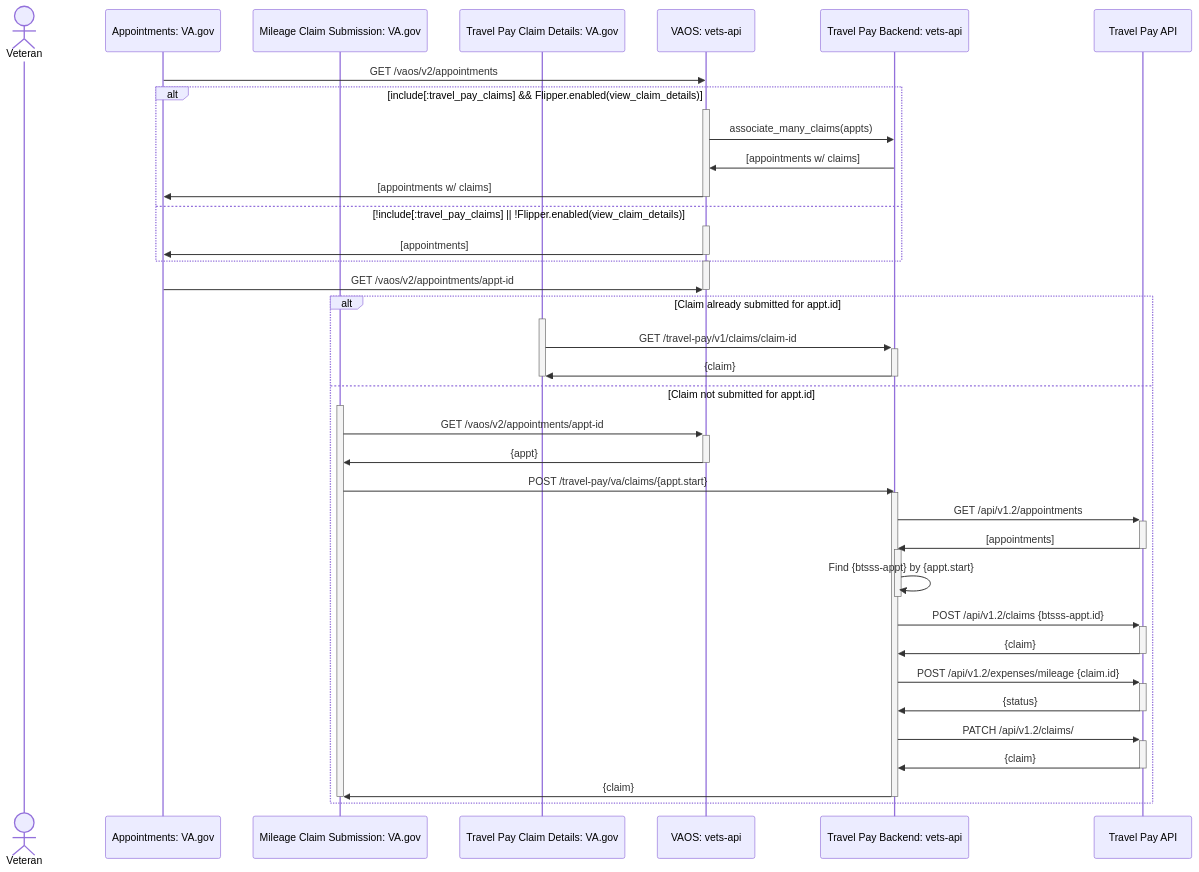
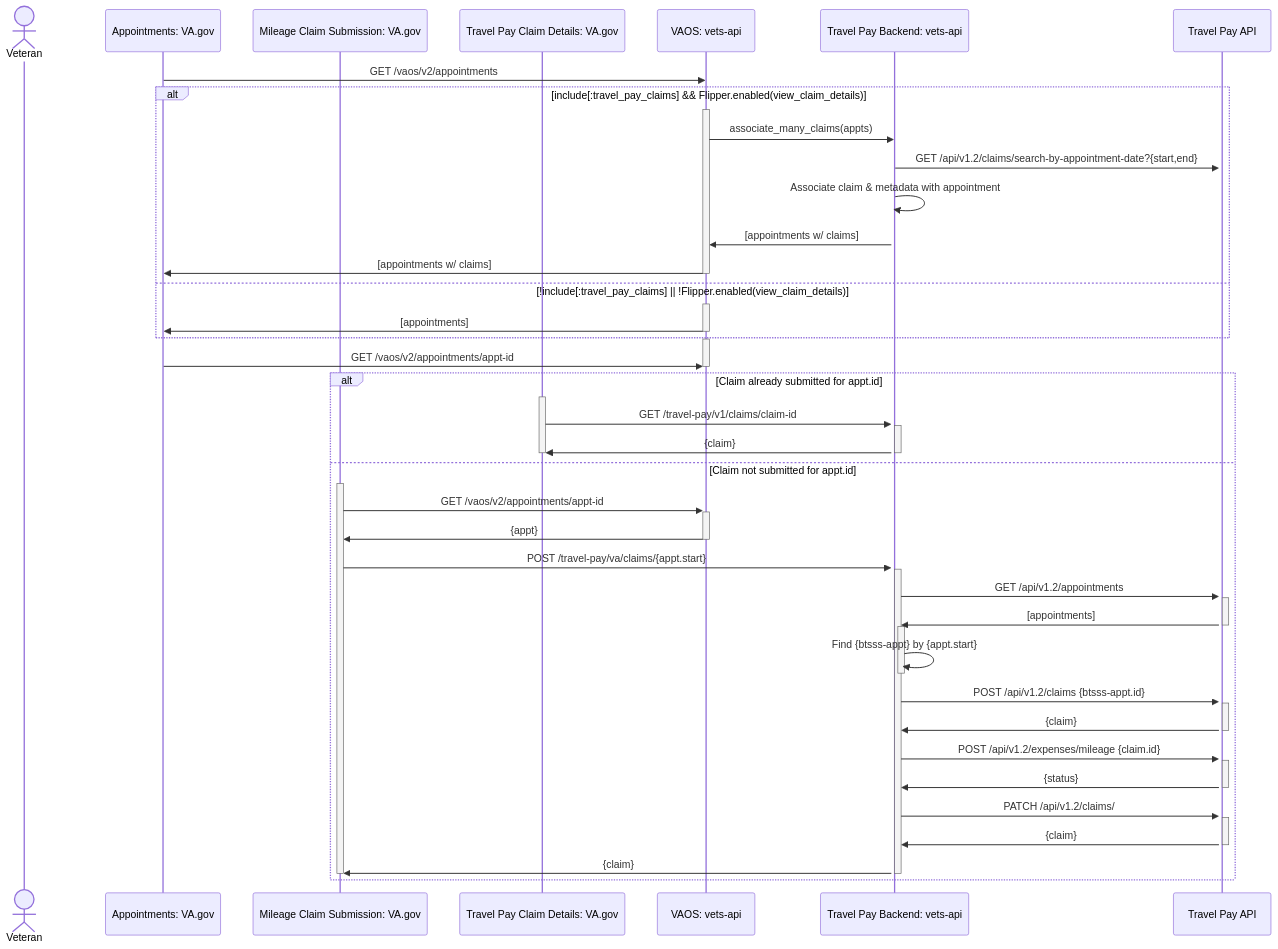
Before and after one commit to department-of-veterans-affairs/va.gov-team: the diagram in products/health-care/beneficiary-travel/engineering/submit-claim/full-sequence-diagram.md, drawn with Mermaid.

````diff
--- a/products/health-care/beneficiary-travel/engineering/submit-claim/full-sequence-diagram.md
+++ b/products/health-care/beneficiary-travel/engineering/submit-claim/full-sequence-diagram.md
@@ -5,77 +5,79 @@
 ```mermaid
 sequenceDiagram
   actor vet as Veteran
   participant appts as Appointments: VA.gov
   participant smoc as Mileage Claim Submission: VA.gov
   participant tcdeets as Travel Pay Claim Details: VA.gov
   participant vaos as VAOS: vets-api
   participant tpm  as Travel Pay Backend: vets-api
   participant tpapi as Travel Pay API
 
 
   %% User navigates to past appts
 
 
   appts ->> vaos: GET /vaos/v2/appointments
 
   alt include[:travel_pay_claims] && Flipper.enabled(view_claim_details)
     activate vaos
       vaos ->> tpm: associate_many_claims(appts)
+      tpm ->>+ tpapi: GET /api/v1.2/claims/search-by-appointment-date?{start,end}
+      tpm ->>+ tpm: Associate claim & metadata with appointment
       tpm ->> vaos: [appointments w/ claims]
       vaos ->> appts: [appointments w/ claims]
     deactivate vaos
   else !include[:travel_pay_claims] || !Flipper.enabled(view_claim_details)
     activate vaos
       vaos ->> appts: [appointments]
     deactivate vaos
   end
 
   %% User navigates to claim details
 
   activate vaos
   appts ->> vaos: GET /vaos/v2/appointments/appt-id
   deactivate vaos
 
   alt Claim already submitted for appt.id
 
 
     %% User clicks view claim link
 
 
     activate tcdeets
       tcdeets ->>+ tpm: GET /travel-pay/v1/claims/claim-id
       tpm ->>- tcdeets: {claim}
     deactivate tcdeets
   else Claim not submitted for appt.id
 
 
     %% User clicks submit claim link
 
 
     activate smoc
       smoc ->>+ vaos: GET /vaos/v2/appointments/appt-id
       vaos ->>- smoc: {appt}
       smoc ->> tpm: POST /travel-pay/va/claims/{appt.start}
 
       activate tpm
         tpm ->>+ tpapi: GET /api/v1.2/appointments
         tpapi ->>- tpm: [appointments]
 
         activate tpm
           tpm ->> tpm: Find {btsss-appt} by {appt.start}
         deactivate tpm
 
         tpm ->>+ tpapi: POST /api/v1.2/claims {btsss-appt.id}
         tpapi ->>- tpm: {claim}
 
         tpm ->>+ tpapi: POST /api/v1.2/expenses/mileage {claim.id}
         tpapi ->>- tpm: {status}
 
         tpm ->>+ tpapi: PATCH /api/v1.2/claims/#{claim.id}/submit
         tpapi ->>- tpm: {claim}
 
         tpm ->> smoc: {claim}
       deactivate tpm
     deactivate smoc
   end
 ```
````
